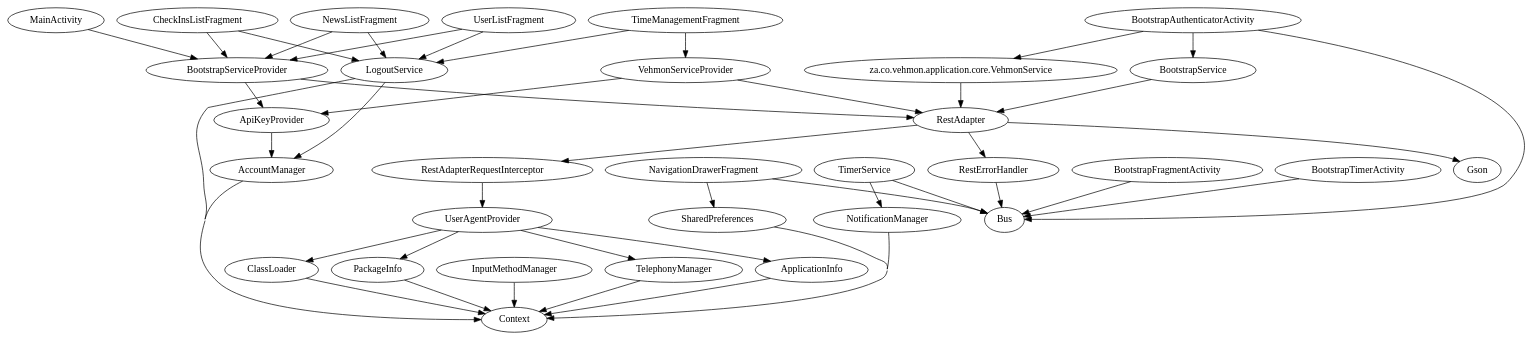
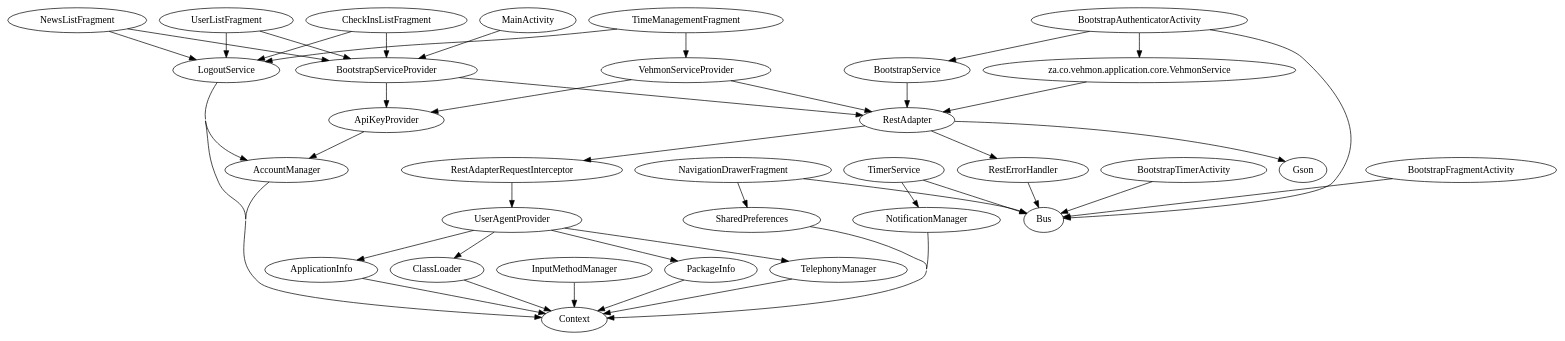
Before and after one commit to Renaldobenji/android-vehmon: the diagram in app/build/intermediates/classes/debug/za/co/vehmon/application/RootModule.dot, drawn with Graphviz. The commit also changed other lines of this file and 100 other files, not shown here.

```diff
--- a/app/build/intermediates/classes/debug/za/co/vehmon/application/RootModule.dot
+++ b/app/build/intermediates/classes/debug/za/co/vehmon/application/RootModule.dot
@@ -1,48 +1,48 @@
 digraph G1 {
   concentrate = true;
   AccountManager -> Context;
   ApiKeyProvider -> AccountManager;
   ApplicationInfo -> Context;
   BootstrapAuthenticatorActivity -> Bus;
+  BootstrapAuthenticatorActivity -> BootstrapService;
   n2 [label="za.co.vehmon.application.core.VehmonService"];
   BootstrapAuthenticatorActivity -> n2;
-  BootstrapAuthenticatorActivity -> BootstrapService;
   BootstrapFragmentActivity -> Bus;
   BootstrapService -> RestAdapter;
   BootstrapServiceProvider -> RestAdapter;
   BootstrapServiceProvider -> ApiKeyProvider;
   BootstrapTimerActivity -> Bus;
+  CheckInsListFragment -> BootstrapServiceProvider;
   CheckInsListFragment -> LogoutService;
-  CheckInsListFragment -> BootstrapServiceProvider;
   ClassLoader -> Context;
   InputMethodManager -> Context;
   LogoutService -> Context;
   LogoutService -> AccountManager;
   MainActivity -> BootstrapServiceProvider;
   NavigationDrawerFragment -> Bus;
   NavigationDrawerFragment -> SharedPreferences;
+  NewsListFragment -> BootstrapServiceProvider;
   NewsListFragment -> LogoutService;
-  NewsListFragment -> BootstrapServiceProvider;
   NotificationManager -> Context;
   PackageInfo -> Context;
+  RestAdapter -> Gson;
   RestAdapter -> RestAdapterRequestInterceptor;
   RestAdapter -> RestErrorHandler;
-  RestAdapter -> Gson;
   RestAdapterRequestInterceptor -> UserAgentProvider;
   RestErrorHandler -> Bus;
   SharedPreferences -> Context;
   TelephonyManager -> Context;
+  TimeManagementFragment -> VehmonServiceProvider;
   TimeManagementFragment -> LogoutService;
-  TimeManagementFragment -> VehmonServiceProvider;
   TimerService -> Bus;
   TimerService -> NotificationManager;
-  UserAgentProvider -> ClassLoader;
   UserAgentProvider -> TelephonyManager;
   UserAgentProvider -> PackageInfo;
   UserAgentProvider -> ApplicationInfo;
+  UserAgentProvider -> ClassLoader;
+  UserListFragment -> BootstrapServiceProvider;
   UserListFragment -> LogoutService;
-  UserListFragment -> BootstrapServiceProvider;
   VehmonServiceProvider -> RestAdapter;
   VehmonServiceProvider -> ApiKeyProvider;
   n2 -> RestAdapter;
 }
```
